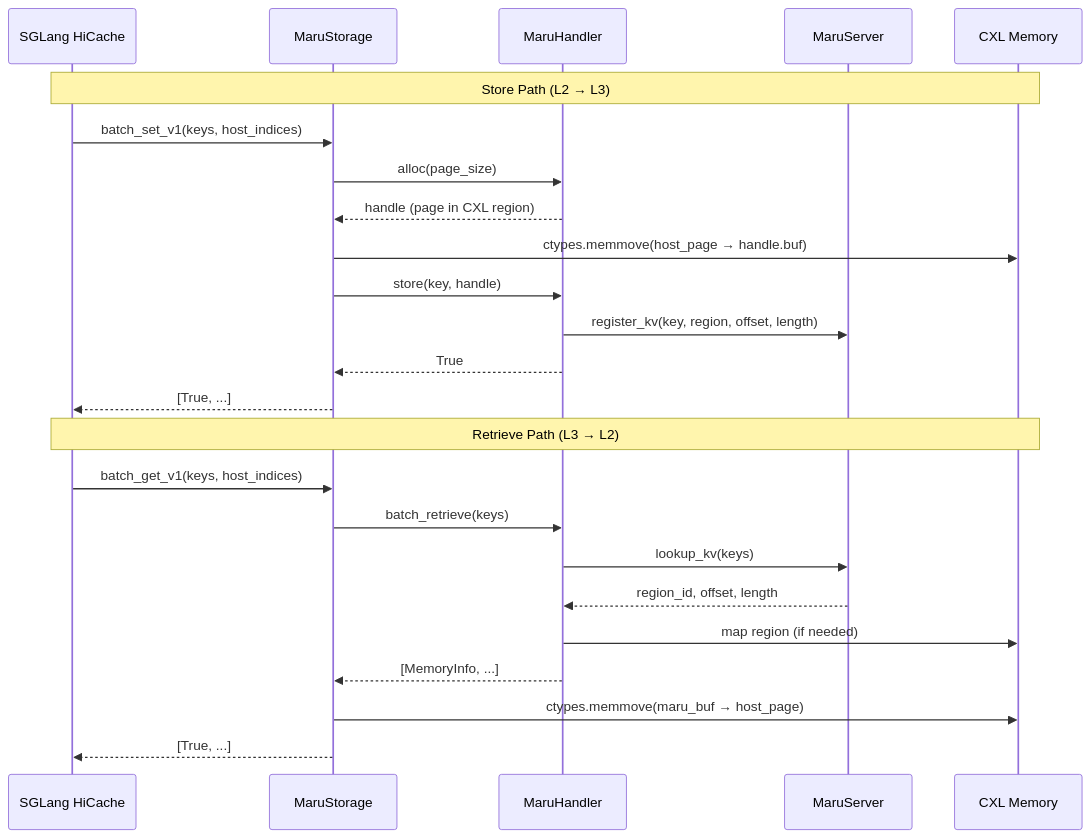
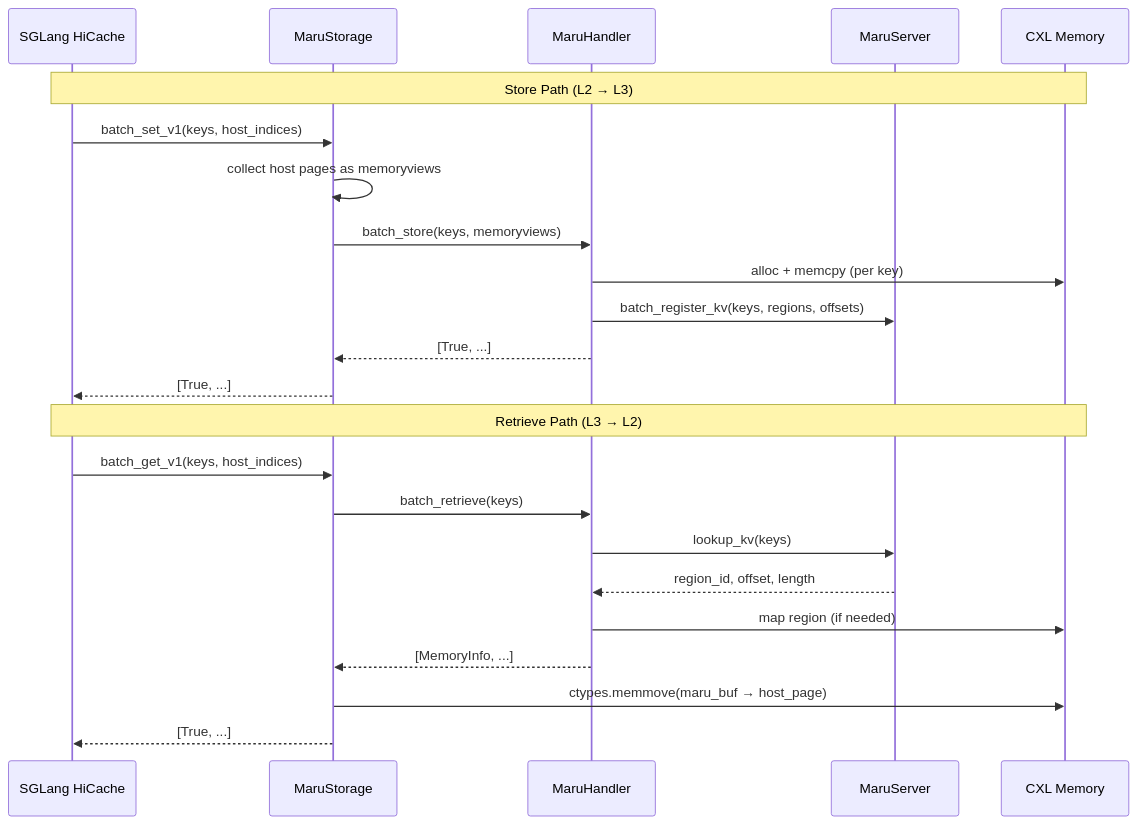
The diagram in docs/source/integration/sglang.md (xcena-dev/maru), drawn with Mermaid before and after one commit. The commit also changed other lines of this file, not shown here.

Commit message:
docs: update sglang integration diagram for batch_store RPC

````diff
--- a/docs/source/integration/sglang.md
+++ b/docs/source/integration/sglang.md
@@ -95,28 +95,27 @@
 ```mermaid
 sequenceDiagram
     participant SG as SGLang HiCache
     participant MHS as MaruStorage
     participant MH as MaruHandler
     participant MS as MaruServer
     participant CXL as CXL Memory
 
     Note over SG,CXL: Store Path (L2 → L3)
     SG->>MHS: batch_set_v1(keys, host_indices)
-    MHS->>MH: alloc(page_size)
-    MH-->>MHS: handle (page in CXL region)
-    MHS->>CXL: ctypes.memmove(host_page → handle.buf)
-    MHS->>MH: store(key, handle)
-    MH->>MS: register_kv(key, region, offset, length)
-    MH-->>MHS: True
+    MHS->>MHS: collect host pages as memoryviews
+    MHS->>MH: batch_store(keys, memoryviews)
+    MH->>CXL: alloc + memcpy (per key)
+    MH->>MS: batch_register_kv(keys, regions, offsets)
+    MH-->>MHS: [True, ...]
     MHS-->>SG: [True, ...]
 
     Note over SG,CXL: Retrieve Path (L3 → L2)
     SG->>MHS: batch_get_v1(keys, host_indices)
     MHS->>MH: batch_retrieve(keys)
     MH->>MS: lookup_kv(keys)
     MS-->>MH: region_id, offset, length
     MH->>CXL: map region (if needed)
     MH-->>MHS: [MemoryInfo, ...]
     MHS->>CXL: ctypes.memmove(maru_buf → host_page)
     MHS-->>SG: [True, ...]
 ```
````
